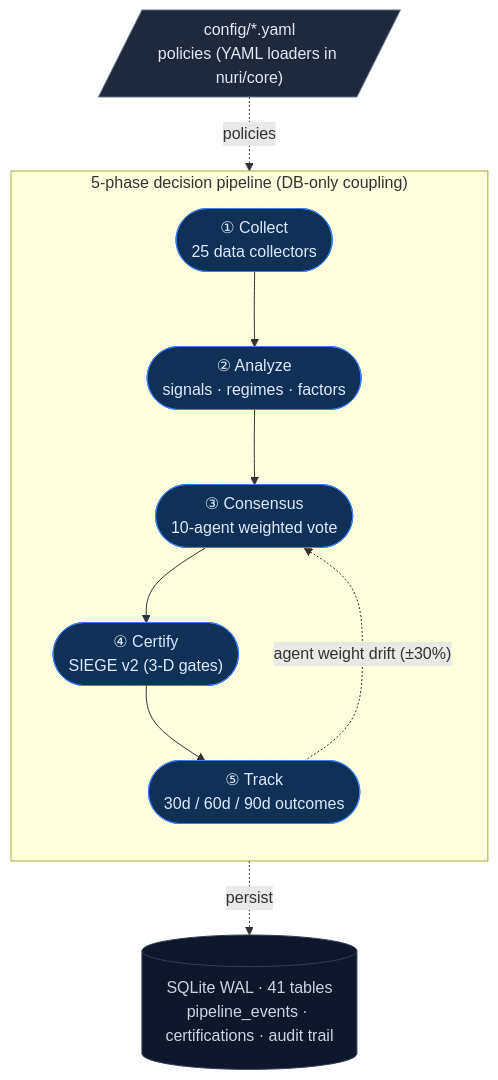
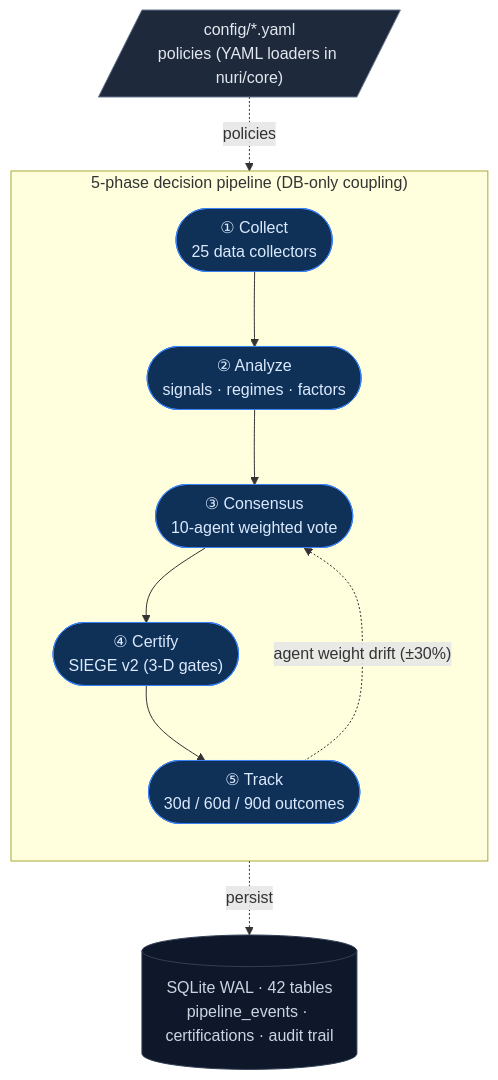
The diagram in README.md (researcherhojin/nuri-quant), drawn with Mermaid before and after one commit. The commit also changed 9 other files, not shown here.

````diff
--- a/README.md
+++ b/README.md
@@ -17,25 +17,25 @@
 ```mermaid
 flowchart TB
     CFG[/"config/*.yaml<br/>policies (YAML loaders in nuri/core)"/]:::source
 
     subgraph Pipeline["5-phase decision pipeline (DB-only coupling)"]
         direction TB
         A(["① Collect<br/>25 data collectors"]):::pipe
         B(["② Analyze<br/>signals · regimes · factors"]):::pipe
         C(["③ Consensus<br/>10-agent weighted vote"]):::pipe
         D(["④ Certify<br/>SIEGE v2 (3-D gates)"]):::pipe
         E(["⑤ Track<br/>30d / 60d / 90d outcomes"]):::pipe
 
         A --> B --> C --> D --> E
         E -. "agent weight drift (±30%)" .-> C
     end
 
-    DB[("SQLite WAL · 41 tables<br/>pipeline_events · certifications · audit trail")]:::sink
+    DB[("SQLite WAL · 42 tables<br/>pipeline_events · certifications · audit trail")]:::sink
 
     CFG -. policies .-> Pipeline
     Pipeline -. persist .-> DB
 
     classDef source fill:#1e293b,stroke:#64748b,color:#e2e8f0
     classDef pipe   fill:#0f3057,stroke:#3b82f6,color:#dbeafe
     classDef sink   fill:#0f172a,stroke:#334155,color:#cbd5e1
 ```
````
